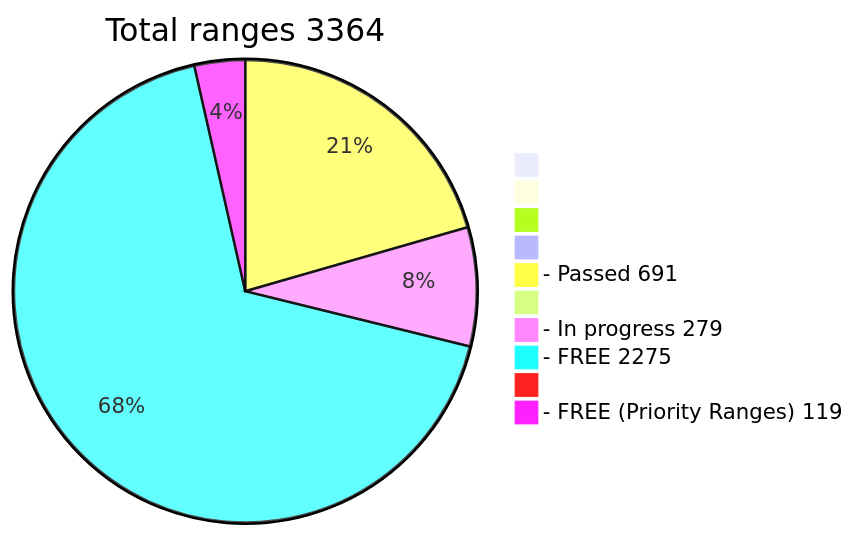
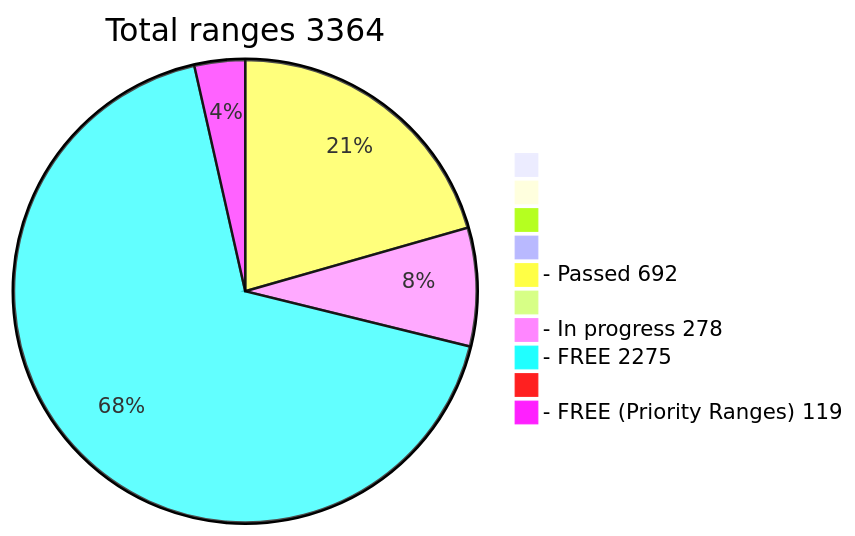
Before and after one commit to phrutis/wif500: the diagram in README.md, drawn with Mermaid.

````diff
--- a/README.md
+++ b/README.md
@@ -16,13 +16,13 @@
 ```mermaid
 pie title Total ranges 3364
              " " : 0
             "  " : 0
            "   " : 0
           "    " : 0
-  "- Passed 691" : 691
+  "- Passed 692" : 692
          "     " : 0
-  "- In progress 279" : 279
+  "- In progress 278" : 278
    "- FREE 2275" : 2275
         "      " : 0
   "- FREE (Priority Ranges) 119" : 119
 ```
````
